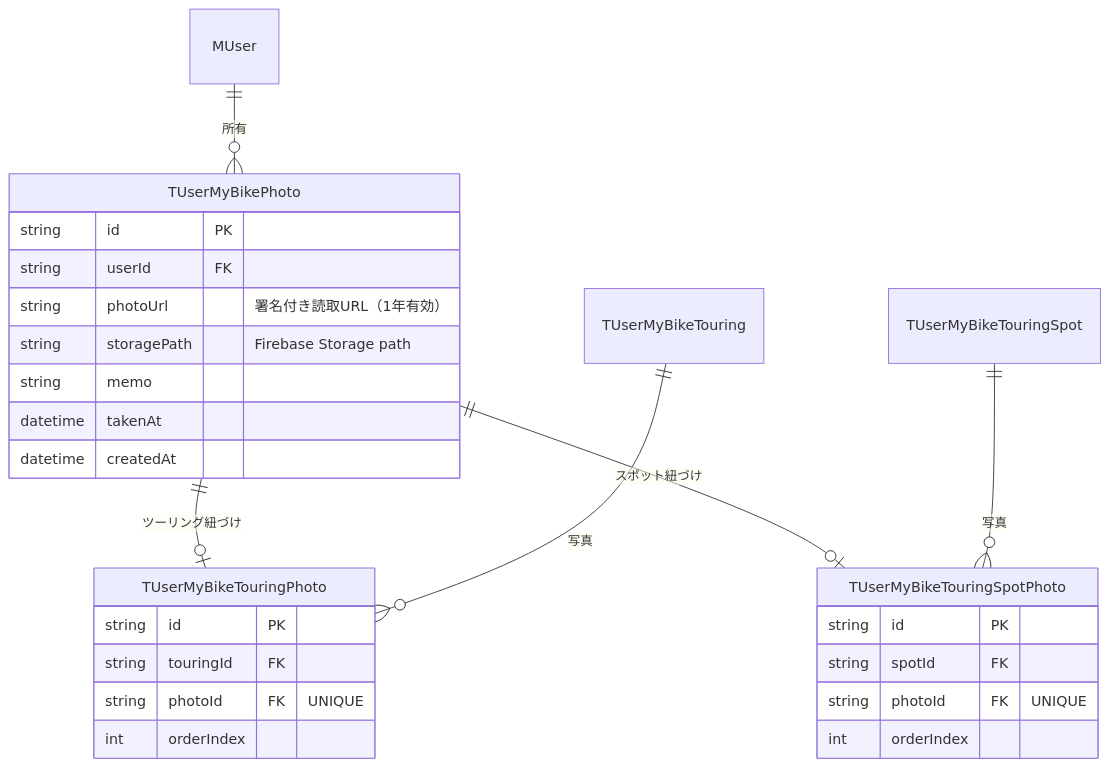
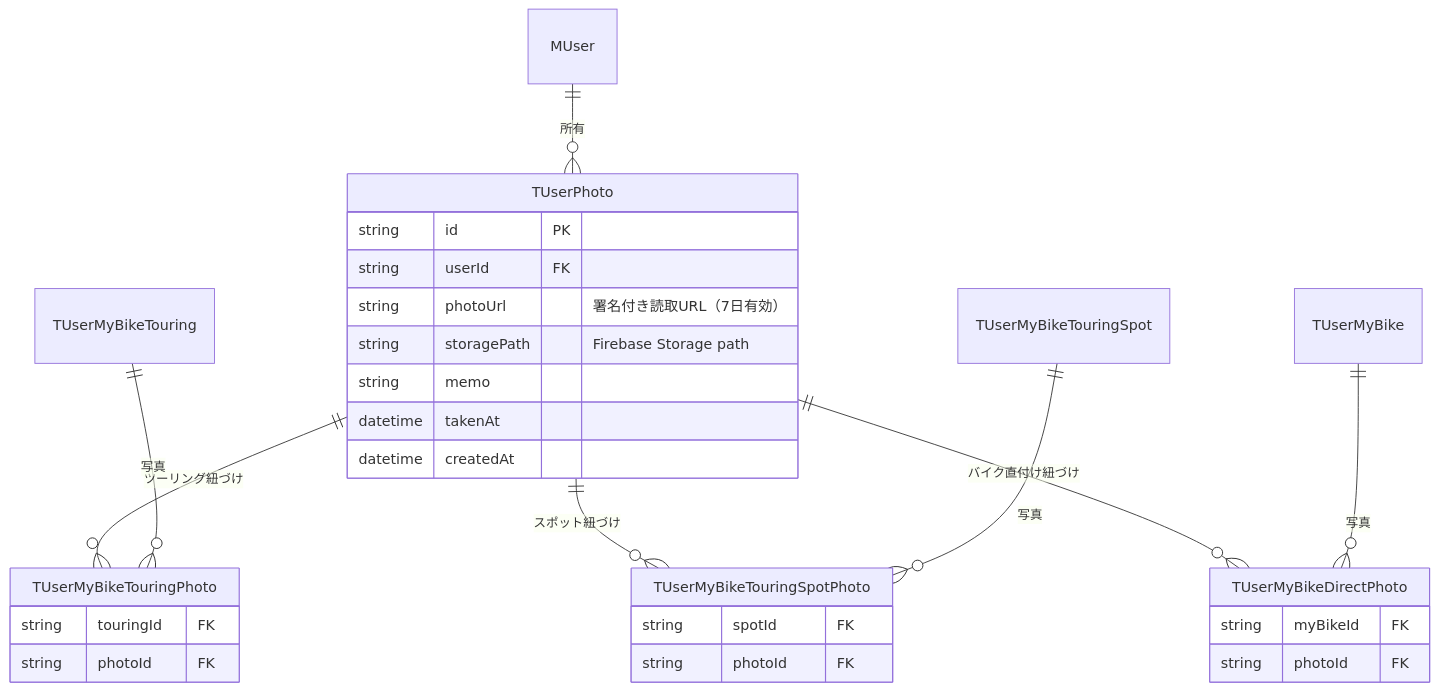
Before and after one commit to sakho13/moto-reco: the second of 3 diagrams in development/docs/02_design/photo_upload.md, drawn with Mermaid. The commit also changed other lines of this file, not shown here.

````diff
--- a/development/docs/02_design/photo_upload.md
+++ b/development/docs/02_design/photo_upload.md
@@ -133,32 +173,35 @@
 ```mermaid
 erDiagram
-    MUser ||--o{ TUserMyBikePhoto : "所有"
-    TUserMyBikePhoto ||--o| TUserMyBikeTouringPhoto : "ツーリング紐づけ"
-    TUserMyBikePhoto ||--o| TUserMyBikeTouringSpotPhoto : "スポット紐づけ"
+    MUser ||--o{ TUserPhoto : "所有"
+    TUserPhoto ||--o{ TUserMyBikeTouringPhoto : "ツーリング紐づけ"
+    TUserPhoto ||--o{ TUserMyBikeTouringSpotPhoto : "スポット紐づけ"
+    TUserPhoto ||--o{ TUserMyBikeDirectPhoto : "バイク直付け紐づけ"
     TUserMyBikeTouring ||--o{ TUserMyBikeTouringPhoto : "写真"
     TUserMyBikeTouringSpot ||--o{ TUserMyBikeTouringSpotPhoto : "写真"
+    TUserMyBike ||--o{ TUserMyBikeDirectPhoto : "写真"
 
-    TUserMyBikePhoto {
+    TUserPhoto {
         string id PK
         string userId FK
-        string photoUrl   "署名付き読取URL（1年有効）"
+        string photoUrl   "署名付き読取URL（7日有効）"
         string storagePath "Firebase Storage path"
         string memo
         datetime takenAt
         datetime createdAt
     }
 
     TUserMyBikeTouringPhoto {
-        string id PK
         string touringId FK
-        string photoId FK "UNIQUE"
-        int orderIndex
+        string photoId FK
     }
 
     TUserMyBikeTouringSpotPhoto {
-        string id PK
         string spotId FK
-        string photoId FK "UNIQUE"
-        int orderIndex
+        string photoId FK
+    }
+
+    TUserMyBikeDirectPhoto {
+        string myBikeId FK
+        string photoId FK
     }
 ```
````
